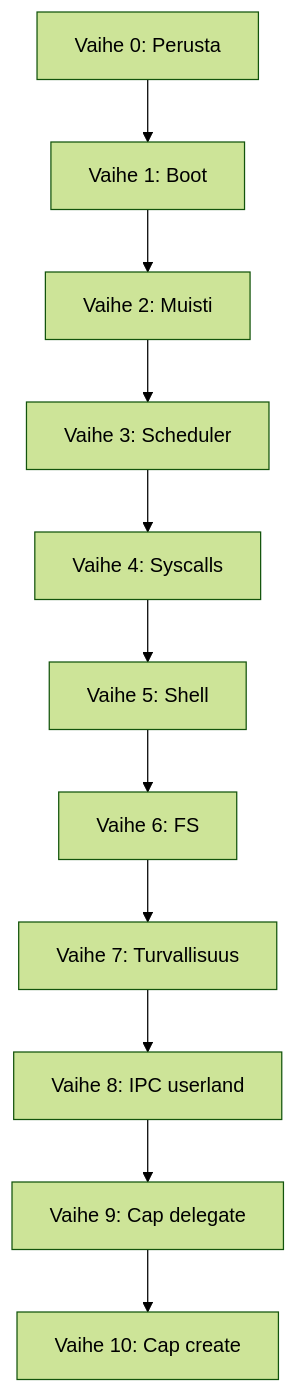
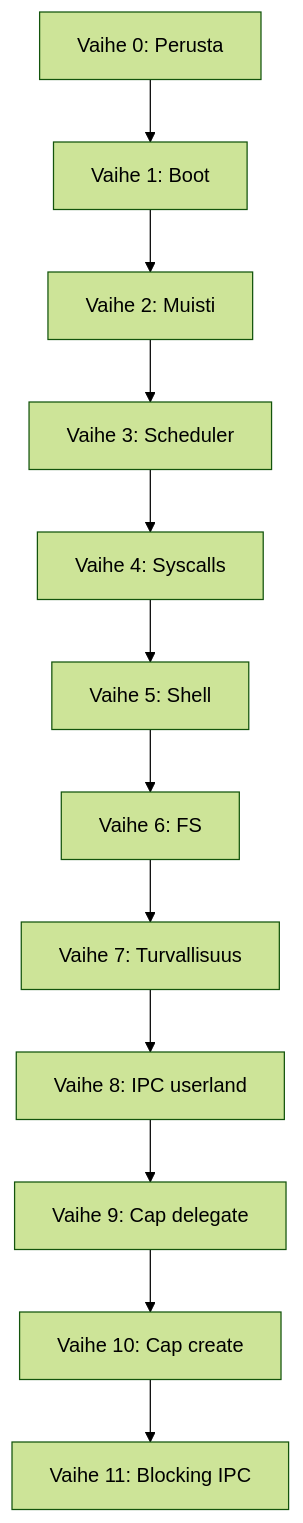
The diagram in docs/ROADMAP.md (Mikko-Huuskonen-Pro/Zinux), drawn with Mermaid (forest theme) before and after one commit. The commit also changed other lines of this file and 17 other files, not shown here.

First line of the commit message:
Phase 11: blocking IPC recv with timer wake

````diff
--- a/docs/ROADMAP.md
+++ b/docs/ROADMAP.md
@@ -197,13 +214,14 @@
 ```mermaid
 graph TD
     V0[Vaihe 0: Perusta] --> V1[Vaihe 1: Boot]
     V1 --> V2[Vaihe 2: Muisti]
     V2 --> V3[Vaihe 3: Scheduler]
     V3 --> V4[Vaihe 4: Syscalls]
     V4 --> V5[Vaihe 5: Shell]
     V5 --> V6[Vaihe 6: FS]
     V6 --> V7[Vaihe 7: Turvallisuus]
     V7 --> V8[Vaihe 8: IPC userland]
     V8 --> V9[Vaihe 9: Cap delegate]
     V9 --> V10[Vaihe 10: Cap create]
+    V10 --> V11[Vaihe 11: Blocking IPC]
 ```
````
